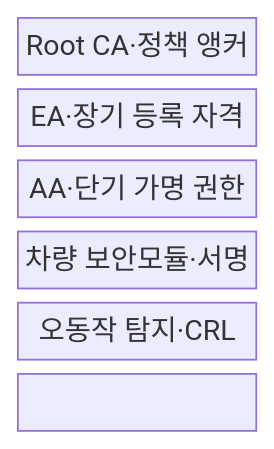
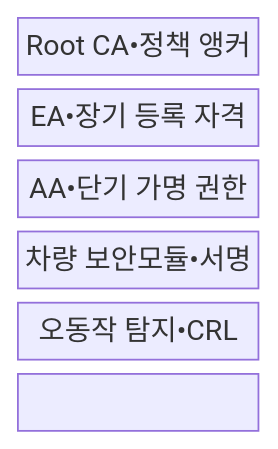
Before and after one commit to agnusdei1207/knowledge-base: the first of 2 diagrams in src/content/docs/notes/05-security/136_vehicle_pki.md, drawn with Mermaid. The commit also changed other lines of this file and 953 other files, not shown here.

````diff
--- a/src/content/docs/notes/05-security/136_vehicle_pki.md
+++ b/src/content/docs/notes/05-security/136_vehicle_pki.md
@@ -65,11 +65,11 @@
 ```mermaid
 block-beta
   columns 1
-  R["Root CA·정책 앵커"]
-  E["EA·장기 등록 자격"]
-  A["AA·단기 가명 권한"]
-  V["차량 보안모듈·서명"]
-  M["오동작 탐지·CRL"]
+  R["Root CA•정책 앵커"]
+  E["EA•장기 등록 자격"]
+  A["AA•단기 가명 권한"]
+  V["차량 보안모듈•서명"]
+  M["오동작 탐지•CRL"]
   R --- E --- A
   A --- V --- M
 ```
````
